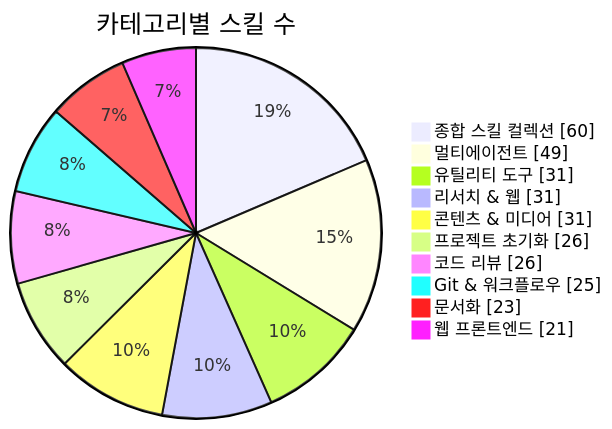
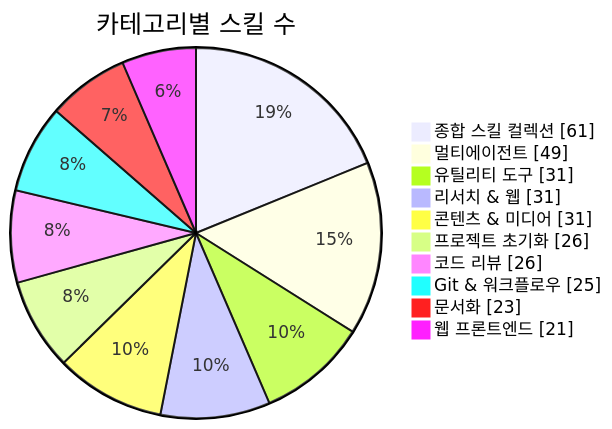
One commit to J-nowcow/awesome-korean-agent-skills changed the first of 3 diagrams in README.md. Above: the diagram before and after it, drawn with Mermaid. The commit also changed other lines of this file and 27 other files, not shown here.

````diff
--- a/README.md
+++ b/README.md
@@ -176,14 +176,14 @@
 ```mermaid
 pie showData
     title 카테고리별 스킬 수
-    "종합 스킬 컬렉션" : 60
+    "종합 스킬 컬렉션" : 61
     "멀티에이전트" : 49
     "유틸리티 도구" : 31
     "리서치 & 웹" : 31
     "콘텐츠 & 미디어" : 31
     "프로젝트 초기화" : 26
     "코드 리뷰" : 26
     "Git & 워크플로우" : 25
     "문서화" : 23
     "웹 프론트엔드" : 21
 ```
````
